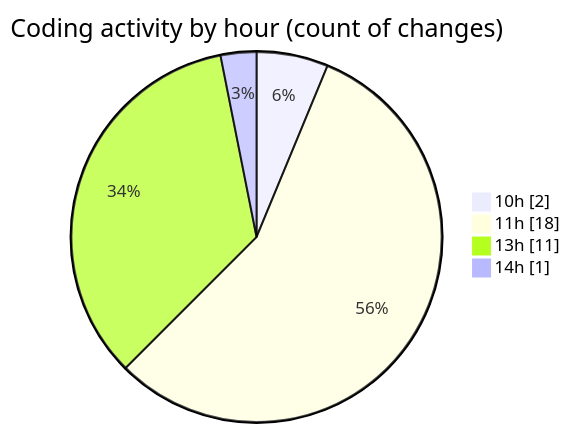
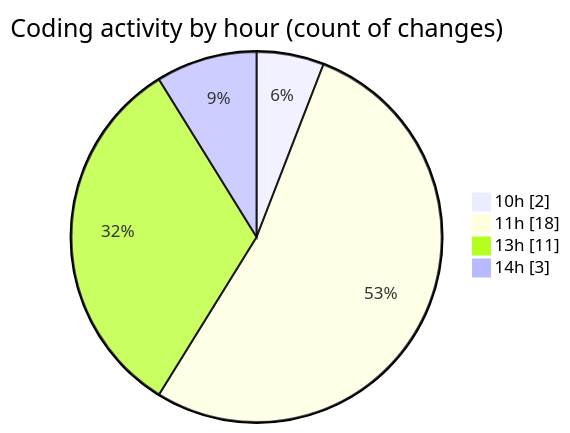
One commit to MatusMokan/code-tracking changed the second of 2 diagrams in 2025-03-17/myws__workspace_/README.md. Above: the diagram before and after it, drawn with Mermaid. The commit also changed other lines of this file and 1 other file, not shown here.

````diff
--- a/2025-03-17/myws__workspace_/README.md
+++ b/2025-03-17/myws__workspace_/README.md
@@ -31,8 +31,8 @@
 ```mermaid
 pie showData
 title Coding activity by hour (count of changes)
 "10h" : 2
 "11h" : 18
 "13h" : 11
-"14h" : 1
+"14h" : 3
 ```
````
